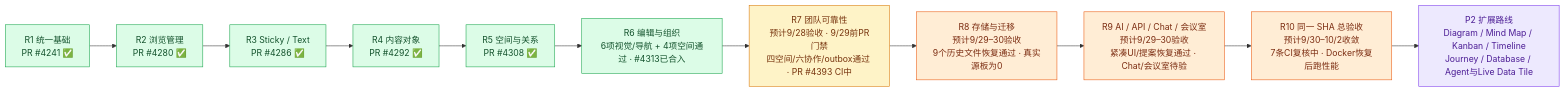
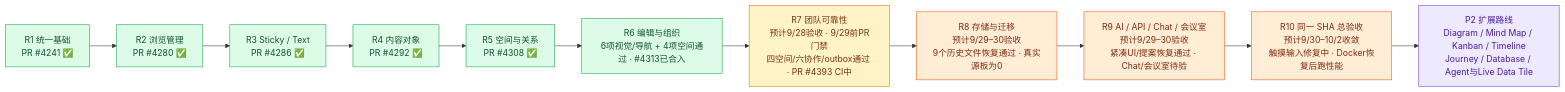
One commit to boardx/workspacex changed the first of 4 diagrams in phases/phase-19-board-visual-workspace/design-deltas/2026-09-26-unified-board-plan.md. Above: the diagram before and after it, drawn with Mermaid. The commit also changed other lines of this file, not shown here.

````diff
--- a/phases/phase-19-board-visual-workspace/design-deltas/2026-09-26-unified-board-plan.md
+++ b/phases/phase-19-board-visual-workspace/design-deltas/2026-09-26-unified-board-plan.md
@@ -25,20 +25,20 @@
 ```mermaid
 flowchart LR
   R1["R1 统一基础<br/>PR #4241 ✅"]:::merged --> R2["R2 浏览管理<br/>PR #4280 ✅"]:::merged
   R2 --> R3["R3 Sticky / Text<br/>PR #4286 ✅"]:::merged
   R3 --> R4["R4 内容对象<br/>PR #4292 ✅"]:::merged
   R4 --> R5["R5 空间与关系<br/>PR #4308 ✅"]:::merged
   R5 --> R6["R6 编辑与组织<br/>6项视觉/导航 + 4项空间通过 · #4313已合入"]:::merged
   R6 --> R7["R7 团队可靠性<br/>预计9/28验收 · 9/29前PR门禁<br/>四空间/六协作/outbox通过 · PR #4393 CI中"]:::accepting
   R7 --> R8["R8 存储与迁移<br/>预计9/29–30验收<br/>9个历史文件恢复通过 · 真实源板为0"]:::working
   R8 --> R9["R9 AI / API / Chat / 会议室<br/>预计9/29–30验收<br/>紧凑UI/提案恢复通过 · Chat/会议室待验"]:::working
-  R9 --> R10["R10 同一 SHA 总验收<br/>预计9/30–10/2收敛<br/>7条CI复核中 · Docker恢复后跑性能"]:::working
+  R9 --> R10["R10 同一 SHA 总验收<br/>预计9/30–10/2收敛<br/>触摸输入修复中 · Docker恢复后跑性能"]:::working
   R10 --> P2["P2 扩展路线<br/>Diagram / Mind Map / Kanban / Timeline<br/>Journey / Database / Agent与Live Data Tile"]:::future
   classDef merged fill:#dcfce7,stroke:#16a34a,color:#14532d
   classDef accepting fill:#fef3c7,stroke:#d97706,color:#78350f
   classDef ready fill:#dbeafe,stroke:#2563eb,color:#1e3a8a
   classDef working fill:#ffedd5,stroke:#ea580c,color:#7c2d12
   classDef blocked fill:#fee2e2,stroke:#dc2626,color:#7f1d1d
   classDef todo fill:#f1f5f9,stroke:#64748b,color:#334155
   classDef future fill:#ede9fe,stroke:#7c3aed,color:#4c1d95
 ```
````
